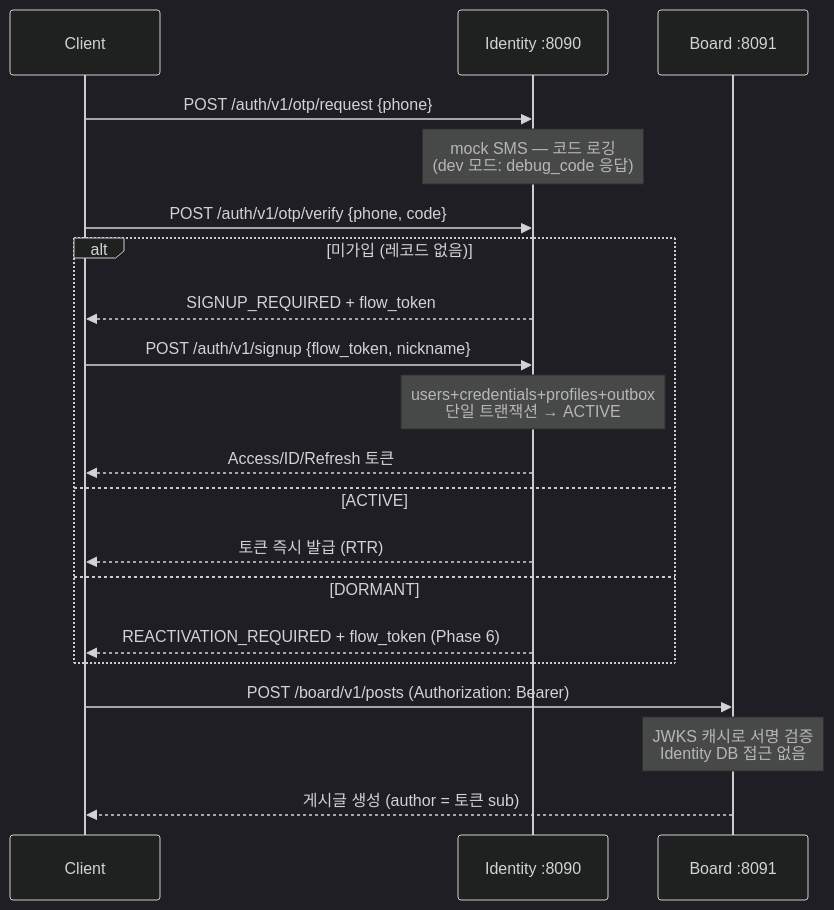
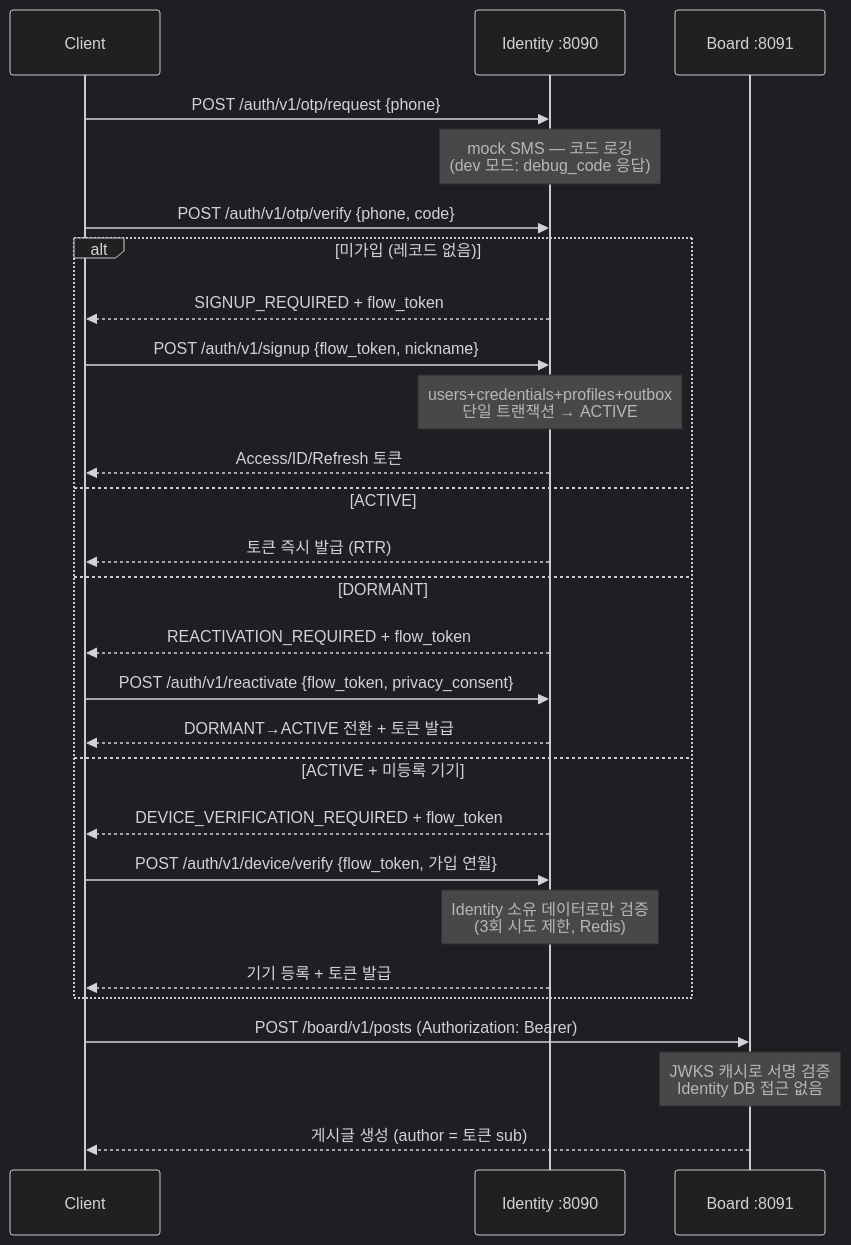
Before and after one commit to sed-int/identity-core: the second of 2 diagrams in README.md, drawn with Mermaid (dark theme). The commit also changed other lines of this file and 2 other files, not shown here.

Commit message:
docs: mark phase 6 complete (edge flows shipped, m6 smoke green)

````diff
--- a/README.md
+++ b/README.md
@@ -96,23 +97,30 @@
 ```mermaid
 sequenceDiagram
     participant C as Client
     participant I as Identity :8090
     participant B as Board :8091
 
     C->>I: POST /auth/v1/otp/request {phone}
     Note over I: mock SMS — 코드 로깅<br/>(dev 모드: debug_code 응답)
     C->>I: POST /auth/v1/otp/verify {phone, code}
     alt 미가입 (레코드 없음)
         I-->>C: SIGNUP_REQUIRED + flow_token
         C->>I: POST /auth/v1/signup {flow_token, nickname}
         Note over I: users+credentials+profiles+outbox<br/>단일 트랜잭션 → ACTIVE
         I-->>C: Access/ID/Refresh 토큰
     else ACTIVE
         I-->>C: 토큰 즉시 발급 (RTR)
     else DORMANT
-        I-->>C: REACTIVATION_REQUIRED + flow_token (Phase 6)
+        I-->>C: REACTIVATION_REQUIRED + flow_token
+        C->>I: POST /auth/v1/reactivate {flow_token, privacy_consent}
+        I-->>C: DORMANT→ACTIVE 전환 + 토큰 발급
+    else ACTIVE + 미등록 기기
+        I-->>C: DEVICE_VERIFICATION_REQUIRED + flow_token
+        C->>I: POST /auth/v1/device/verify {flow_token, 가입 연월}
+        Note over I: Identity 소유 데이터로만 검증<br/>(3회 시도 제한, Redis)
+        I-->>C: 기기 등록 + 토큰 발급
     end
     C->>B: POST /board/v1/posts (Authorization: Bearer)
     Note over B: JWKS 캐시로 서명 검증<br/>Identity DB 접근 없음
     B-->>C: 게시글 생성 (author = 토큰 sub)
 ```
````
